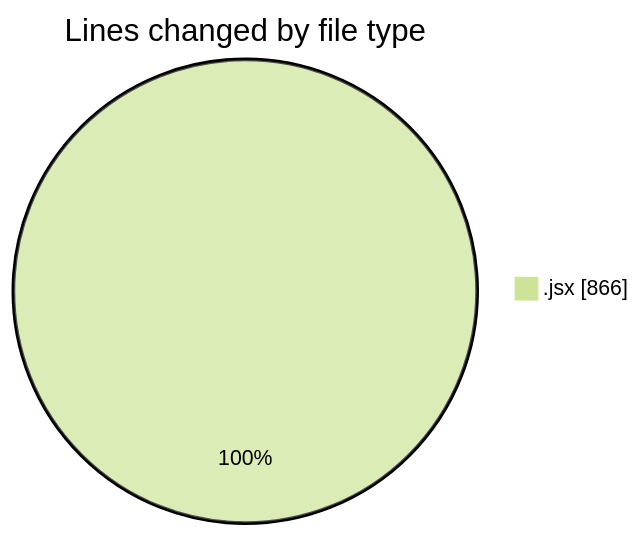
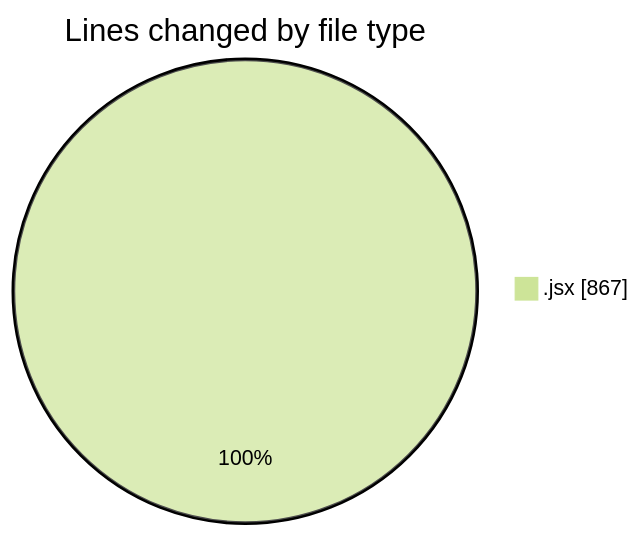
Before and after one commit to nxtqubesakshisongat/code-tracking: the first of 2 diagrams in 2025-06-03/nxtqube_webapp/README.md, drawn with Mermaid (forest theme). The commit also changed other lines of this file and 1 other file, not shown here.

````diff
--- a/2025-06-03/nxtqube_webapp/README.md
+++ b/2025-06-03/nxtqube_webapp/README.md
@@ -20,5 +20,5 @@
 ```mermaid
 pie showData
 title Lines changed by file type
-".jsx" : 866
+".jsx" : 867
 ```
````
